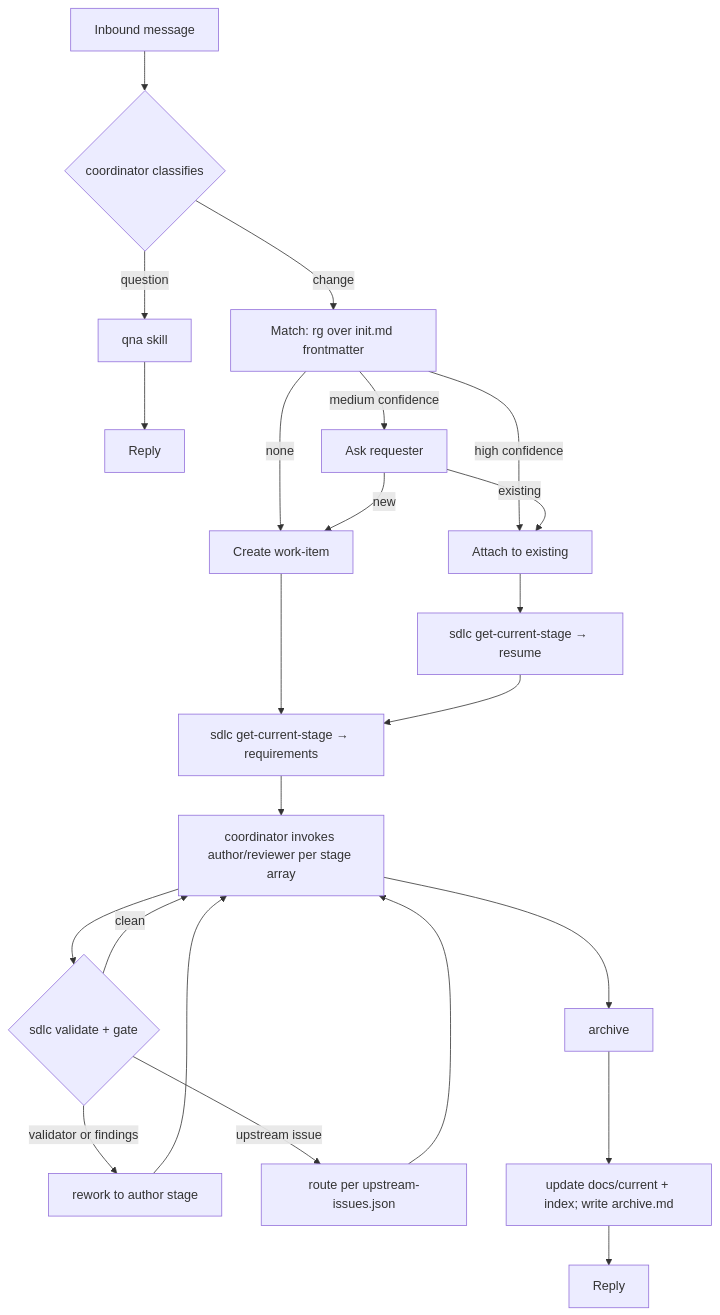
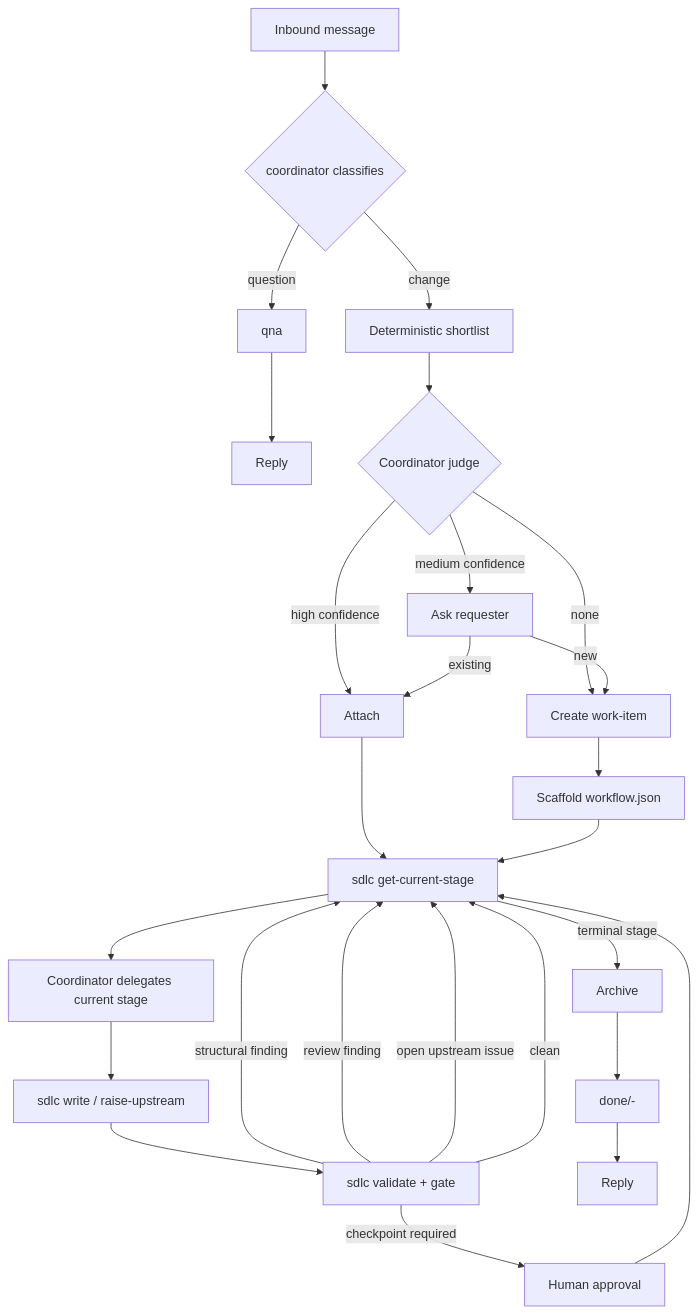
One commit to metagres/agentic changed the diagram in docs/current/start-document.md. Above: the diagram before and after it, drawn with Mermaid. The commit also changed other lines of this file and 65 other files, not shown here.

````diff
--- a/docs/current/start-document.md
+++ b/docs/current/start-document.md
@@ -114,25 +552,35 @@
 ```mermaid
 flowchart TD
     A[Inbound message] --> B{coordinator classifies}
-    B -->|question| C[qna skill]
+    B -->|question| C[qna]
     C --> Z[Reply]
-    B -->|change| D[Match: rg over init.md frontmatter]
-    D -->|high confidence| E[Attach to existing]
-    D -->|medium confidence| F[Ask requester]
-    D -->|none| G[Create work-item]
-    F -->|existing| E
-    F -->|new| G
-    E --> H[sdlc get-current-stage → resume]
-    G --> I[sdlc get-current-stage → requirements]
-    H --> I
-    I --> J[coordinator invokes author/reviewer per stage array]
-    J --> K{sdlc validate + gate}
-    K -->|validator or findings| L[rework to author stage]
-    K -->|upstream issue| M[route per upstream-issues.json]
-    K -->|clean| J
-    L --> J
-    M --> J
-    J --> N[archive]
-    N --> O[update docs/current + index; write archive.md]
-    O --> Z2[Reply]
+
+    B -->|change| D[Deterministic shortlist]
+    D --> E{Coordinator judge}
+
+    E -->|high confidence| F[Attach]
+    E -->|medium confidence| G[Ask requester]
+    E -->|none| H[Create work-item]
+
+    F --> I[sdlc get-current-stage]
+    H --> J[Scaffold workflow.json]
+    J --> I
+
+    G -->|existing| F
+    G -->|new| H
+
+    I --> K[Coordinator delegates current stage]
+    K --> L[sdlc write / raise-upstream]
+    L --> M[sdlc validate + gate]
+
+    M -->|structural finding| I
+    M -->|review finding| I
+    M -->|open upstream issue| I
+    M -->|checkpoint required| N[Human approval]
+    N --> I
+    M -->|clean| I
+
+    I -->|terminal stage| O[Archive]
+    O --> P[done/<timestamp>-<slug>]
+    P --> Z2[Reply]
 ```
````
